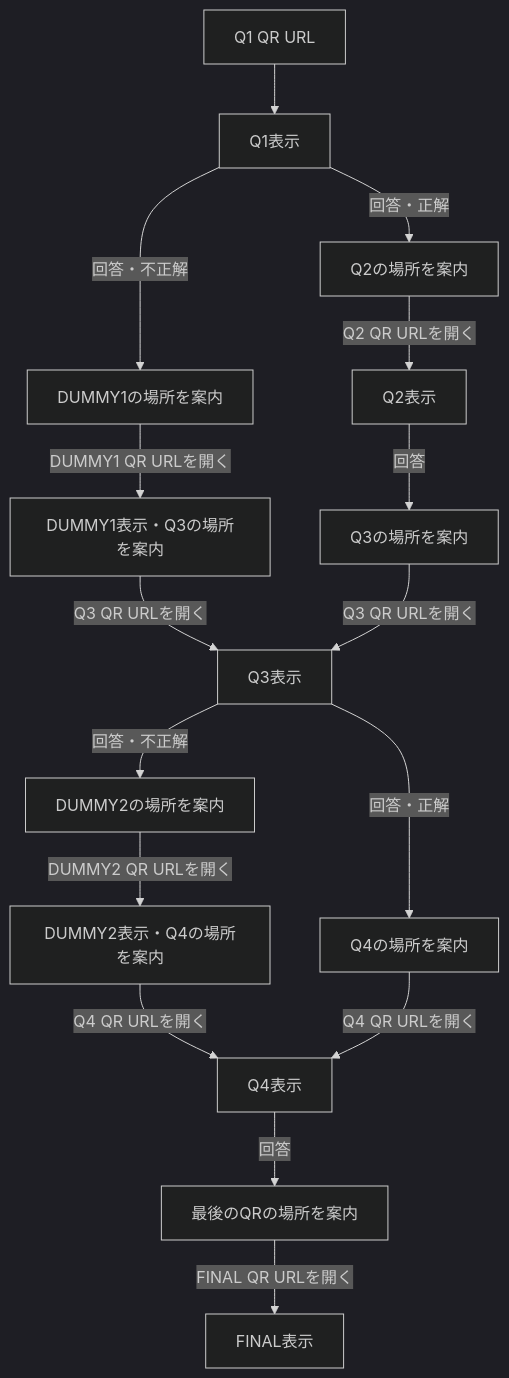
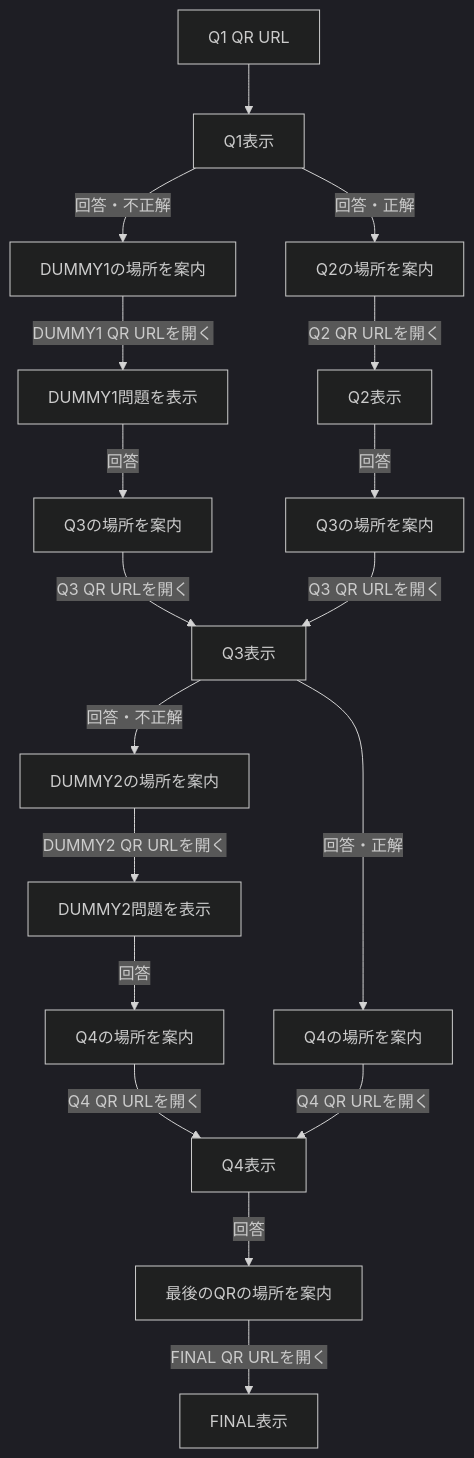
One commit to kanekonaokisu-cyber/proposal_game_v2 changed the diagram in doc/implementation_design.md. Above: the diagram before and after it, drawn with Mermaid (dark theme). The commit also changed other lines of this file and 3 other files, not shown here.

````diff
--- a/doc/implementation_design.md
+++ b/doc/implementation_design.md
@@ -74,18 +74,20 @@
 ```mermaid
 flowchart TD
     Q1QR[Q1 QR URL] --> Q1[Q1表示]
     Q1 -->|回答・正解| GuideQ2[Q2の場所を案内]
     Q1 -->|回答・不正解| GuideD1[DUMMY1の場所を案内]
     GuideQ2 -->|Q2 QR URLを開く| Q2[Q2表示]
-    GuideD1 -->|DUMMY1 QR URLを開く| D1[DUMMY1表示・Q3の場所を案内]
-    D1 -->|Q3 QR URLを開く| Q3[Q3表示]
+    GuideD1 -->|DUMMY1 QR URLを開く| D1[DUMMY1問題を表示]
+    D1 -->|回答| GuideD1Q3[Q3の場所を案内]
+    GuideD1Q3 -->|Q3 QR URLを開く| Q3[Q3表示]
     Q2 -->|回答| GuideQ3[Q3の場所を案内]
     GuideQ3 -->|Q3 QR URLを開く| Q3
     Q3 -->|回答・正解| GuideQ4[Q4の場所を案内]
     Q3 -->|回答・不正解| GuideD2[DUMMY2の場所を案内]
-    GuideD2 -->|DUMMY2 QR URLを開く| D2[DUMMY2表示・Q4の場所を案内]
-    D2 -->|Q4 QR URLを開く| Q4[Q4表示]
+    GuideD2 -->|DUMMY2 QR URLを開く| D2[DUMMY2問題を表示]
+    D2 -->|回答| GuideD2Q4[Q4の場所を案内]
+    GuideD2Q4 -->|Q4 QR URLを開く| Q4[Q4表示]
     GuideQ4 -->|Q4 QR URLを開く| Q4
     Q4 -->|回答| GuideFinal[最後のQRの場所を案内]
     GuideFinal -->|FINAL QR URLを開く| Final[FINAL表示]
 ```
````
